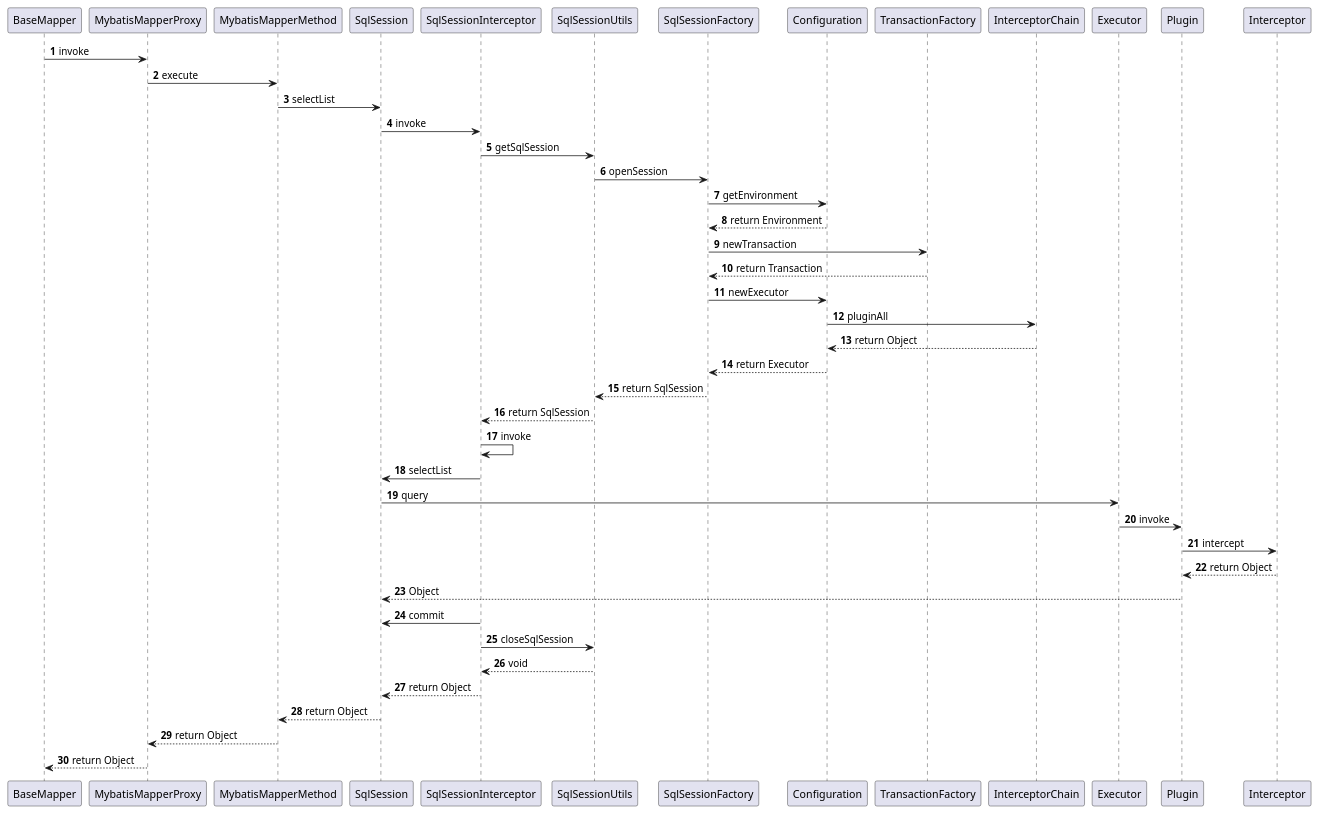
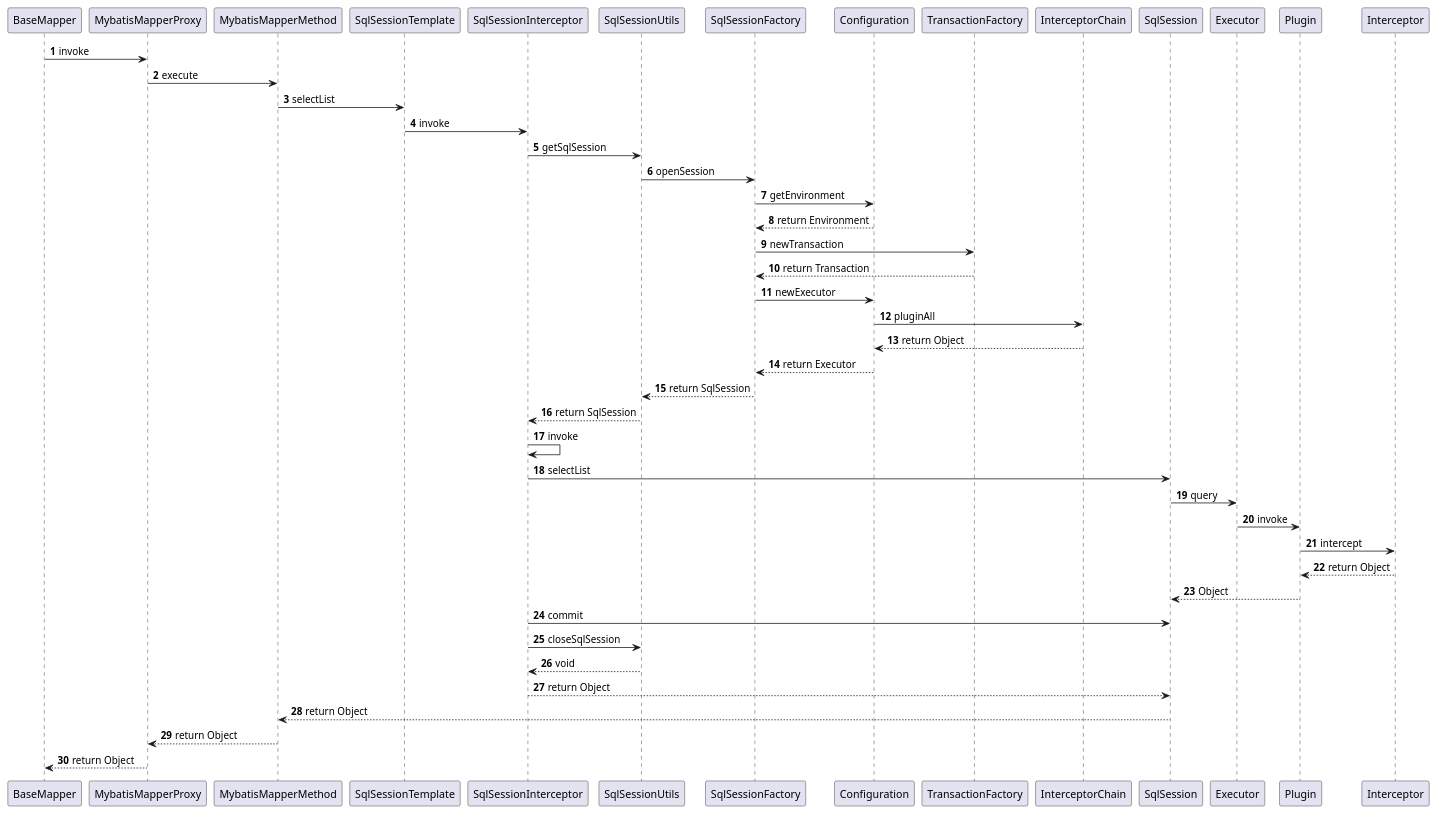
Before and after one commit to brady-deng/boottest: the diagram in src/main/java/com/example/boottest/plantuml/mybatis-SQL.puml, drawn with PlantUML.

Commit message:
[feature] 1128修改执行过程

```diff
--- a/src/main/java/com/example/boottest/plantuml/mybatis-SQL.puml
+++ b/src/main/java/com/example/boottest/plantuml/mybatis-SQL.puml
@@ -1,41 +1,41 @@
 @startuml
 'https://plantuml.com/sequence-diagram
 
 autonumber
 
 
 BaseMapper -> MybatisMapperProxy: invoke
 MybatisMapperProxy -> MybatisMapperMethod: execute
-MybatisMapperMethod -> SqlSession: selectList
-SqlSession -> SqlSessionInterceptor: invoke
+MybatisMapperMethod -> SqlSessionTemplate: selectList
+SqlSessionTemplate -> SqlSessionInterceptor: invoke
 SqlSessionInterceptor -> SqlSessionUtils: getSqlSession
 SqlSessionUtils -> SqlSessionFactory: openSession
 SqlSessionFactory -> Configuration: getEnvironment
 Configuration --> SqlSessionFactory: return Environment
 SqlSessionFactory -> TransactionFactory: newTransaction
 TransactionFactory --> SqlSessionFactory: return Transaction
 SqlSessionFactory -> Configuration: newExecutor
 Configuration -> InterceptorChain: pluginAll
 InterceptorChain --> Configuration: return Object
 Configuration --> SqlSessionFactory: return Executor
 SqlSessionFactory --> SqlSessionUtils: return SqlSession
 SqlSessionUtils --> SqlSessionInterceptor: return SqlSession
 SqlSessionInterceptor -> SqlSessionInterceptor: invoke
 SqlSessionInterceptor -> SqlSession: selectList
 SqlSession -> Executor: query
 Executor -> Plugin: invoke
 Plugin -> Interceptor: intercept
 Interceptor --> Plugin: return Object
 Plugin --> SqlSession: Object
 SqlSessionInterceptor -> SqlSession: commit
 SqlSessionInterceptor -> SqlSessionUtils: closeSqlSession
 SqlSessionUtils --> SqlSessionInterceptor: void
 SqlSessionInterceptor --> SqlSession: return Object
 SqlSession --> MybatisMapperMethod: return Object
 MybatisMapperMethod --> MybatisMapperProxy: return Object
 MybatisMapperProxy --> BaseMapper: return Object
 
 
 
 
 @enduml
```
